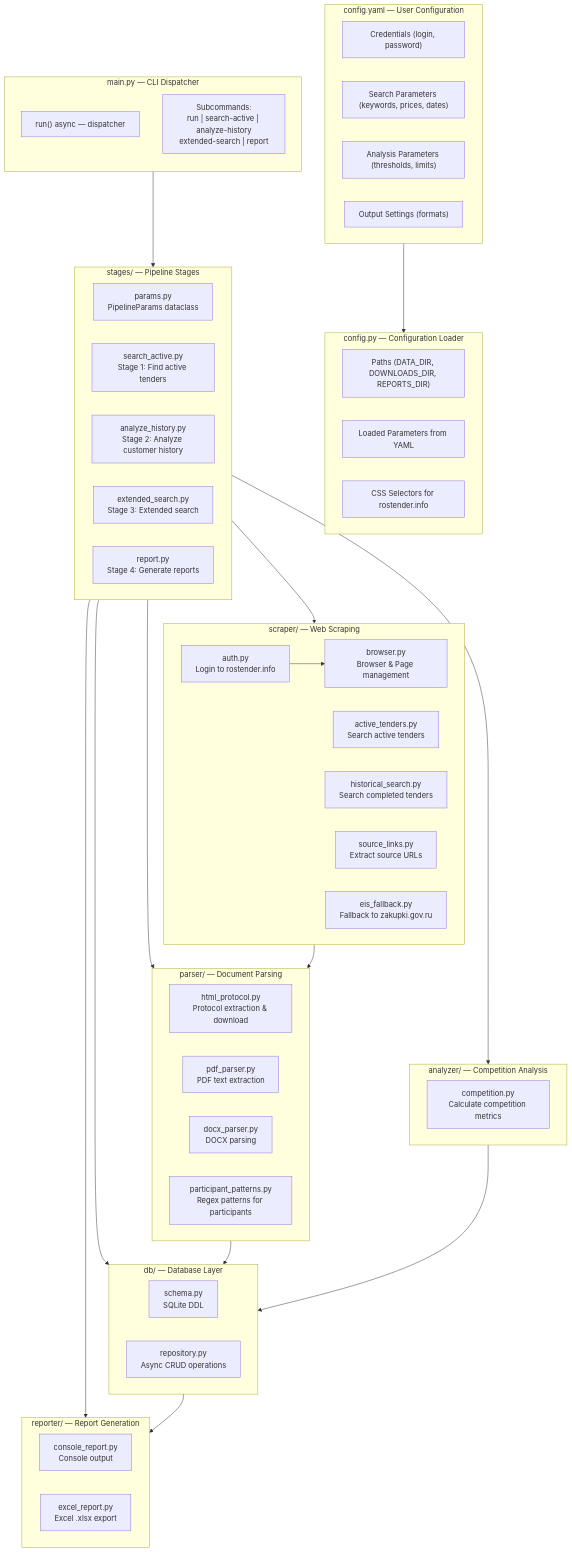
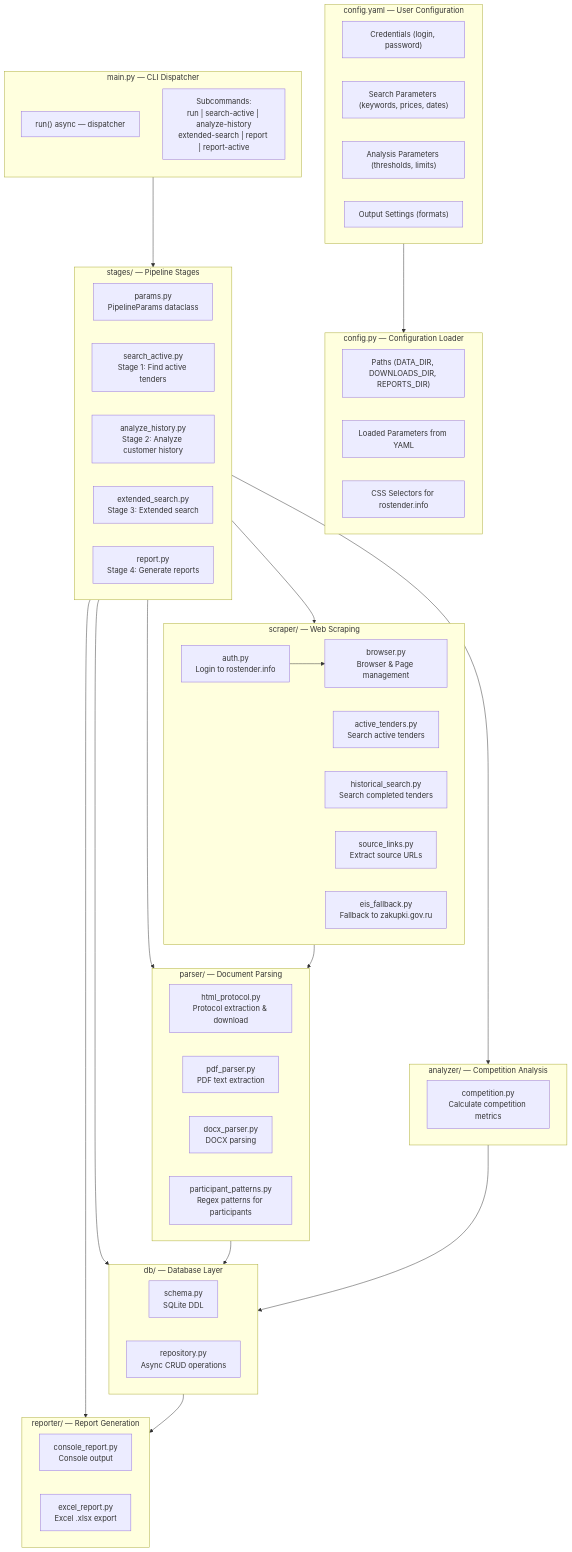
One commit to volk6022/rostender-parse changed the first of 11 diagrams in STRUCTURE.md. Above: the diagram before and after it, drawn with Mermaid. The commit also changed other lines of this file and 8 other files, not shown here.

````diff
--- a/STRUCTURE.md
+++ b/STRUCTURE.md
@@ -9,73 +9,73 @@
 ```mermaid
 flowchart TB
     subgraph CLI["main.py — CLI Dispatcher"]
         direction TB
         run["run() async — dispatcher"]
-        subcommands["Subcommands:<br/>run | search-active | analyze-history<br/>extended-search | report"]
+        subcommands["Subcommands:<br/>run | search-active | analyze-history<br/>extended-search | report | report-active"]
     end
 
     subgraph ConfigYAML["config.yaml — User Configuration"]
         creds["Credentials (login, password)"]
         search_params["Search Parameters (keywords, prices, dates)"]
         analysis_params["Analysis Parameters (thresholds, limits)"]
         output_params["Output Settings (formats)"]
     end
 
     subgraph Config["config.py — Configuration Loader"]
         dirs["Paths (DATA_DIR, DOWNLOADS_DIR, REPORTS_DIR)"]
         params["Loaded Parameters from YAML"]
         selectors["CSS Selectors for rostender.info"]
     end
 
     subgraph Stages["stages/ — Pipeline Stages"]
         pp["params.py<br/>PipelineParams dataclass"]
         s1["search_active.py<br/>Stage 1: Find active tenders"]
         s2["analyze_history.py<br/>Stage 2: Analyze customer history"]
         s3["extended_search.py<br/>Stage 3: Extended search"]
         s4["report.py<br/>Stage 4: Generate reports"]
     end
 
     subgraph Scraper["scraper/ — Web Scraping"]
         auth["auth.py<br/>Login to rostender.info"]
         browser["browser.py<br/>Browser & Page management"]
         active["active_tenders.py<br/>Search active tenders"]
         historical["historical_search.py<br/>Search completed tenders"]
         source_links["source_links.py<br/>Extract source URLs"]
         eis["eis_fallback.py<br/>Fallback to zakupki.gov.ru"]
     end
 
     subgraph Parser["parser/ — Document Parsing"]
         html_proto["html_protocol.py<br/>Protocol extraction & download"]
         pdf["pdf_parser.py<br/>PDF text extraction"]
         docx["docx_parser.py<br/>DOCX parsing"]
         patterns["participant_patterns.py<br/>Regex patterns for participants"]
     end
 
     subgraph Analyzer["analyzer/ — Competition Analysis"]
         competition["competition.py<br/>Calculate competition metrics"]
     end
 
     subgraph DB["db/ — Database Layer"]
         schema["schema.py<br/>SQLite DDL"]
         repo["repository.py<br/>Async CRUD operations"]
     end
 
     subgraph Reporter["reporter/ — Report Generation"]
         console["console_report.py<br/>Console output"]
         excel["excel_report.py<br/>Excel .xlsx export"]
     end
 
     ConfigYAML --> Config
     CLI --> Stages
     Stages --> Scraper
     Stages --> Parser
     Stages --> Analyzer
     Stages --> DB
     Stages --> Reporter
 
     auth --> browser
     Scraper --> Parser
     Parser --> DB
     Analyzer --> DB
     DB --> Reporter
 ```
````
